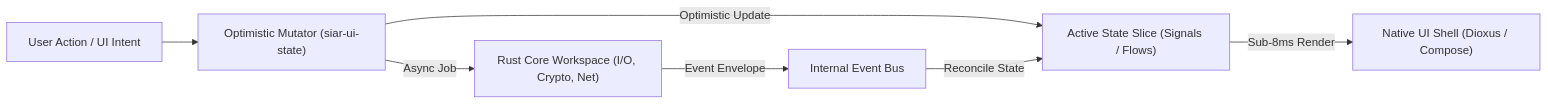
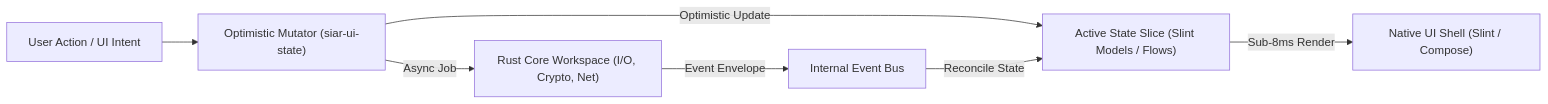
The first of 2 diagrams in wiki/12-Cross-Platform-Client-Architecture.md (irshadlab/siar), drawn with Mermaid before and after one commit. The commit also changed other lines of this file, not shown here.

Commit message:
docs(wiki): rewrite client architecture for daemon IPC and Slint window

````diff
--- a/wiki/12-Cross-Platform-Client-Architecture.md
+++ b/wiki/12-Cross-Platform-Client-Architecture.md
@@ -57,10 +59,10 @@
 ```mermaid
 graph LR
     UserAction["User Action / UI Intent"] --> Mutator["Optimistic Mutator (siar-ui-state)"]
-    Mutator -->|Optimistic Update| StateSlice["Active State Slice (Signals / Flows)"]
-    StateSlice -->|Sub-8ms Render| UI["Native UI Shell (Dioxus / Compose)"]
+    Mutator -->|Optimistic Update| StateSlice["Active State Slice (Slint Models / Flows)"]
+    StateSlice -->|Sub-8ms Render| UI["Native UI Shell (Slint / Compose)"]
     
     Mutator -->|Async Job| CoreEngine["Rust Core Workspace (I/O, Crypto, Net)"]
     CoreEngine -->|Event Envelope| EventBus["Internal Event Bus"]
     EventBus -->|Reconcile State| StateSlice
 ```
````
